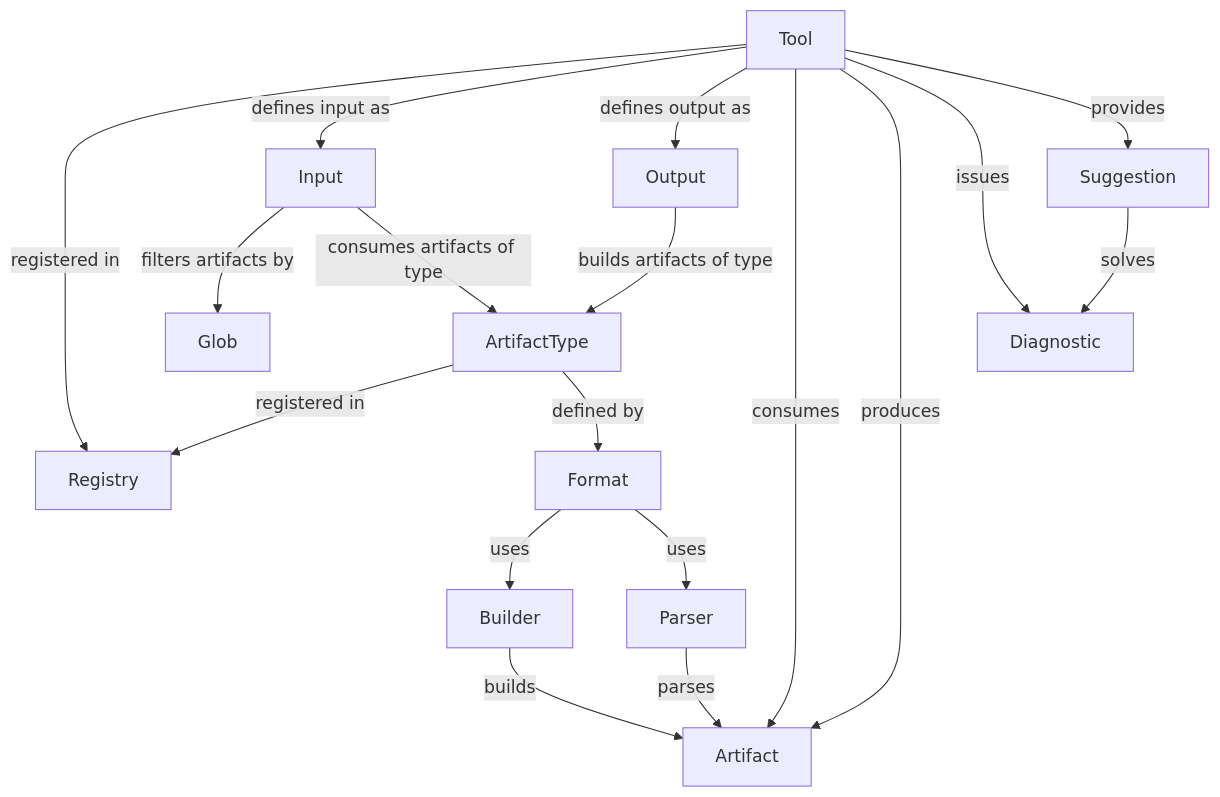
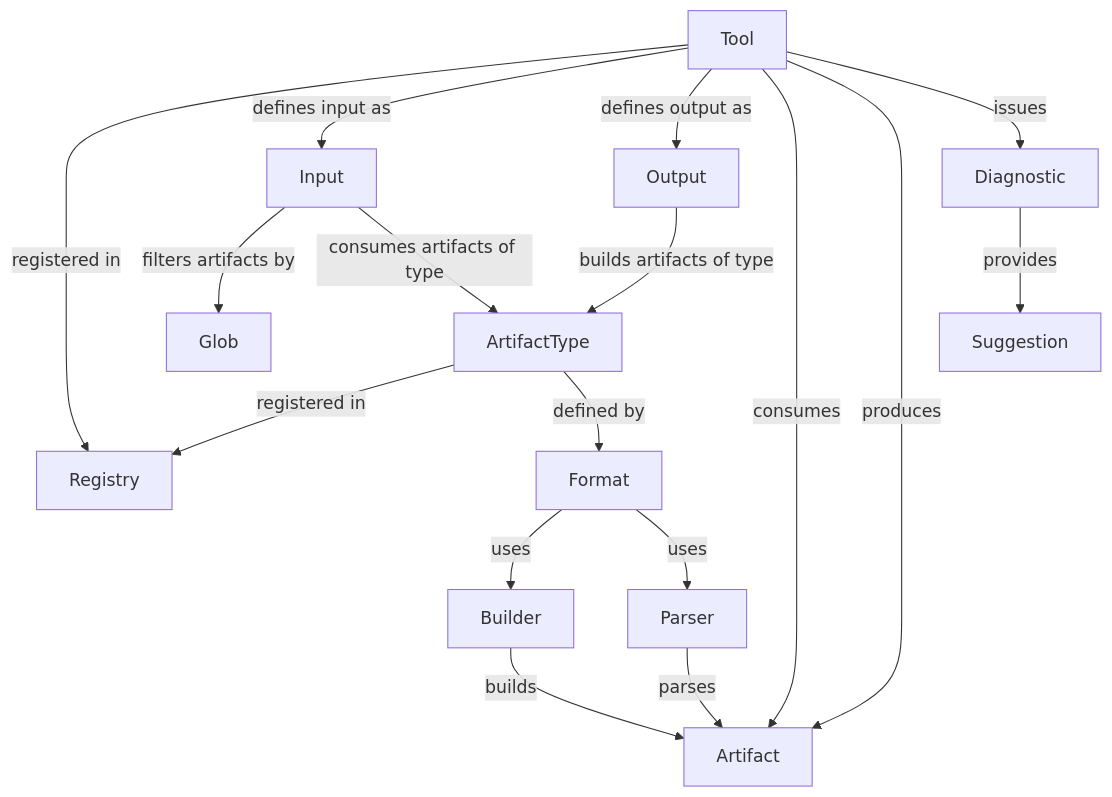
Before and after one commit to setms/sew: the diagram in src/main/ideas/tools.md, drawn with Mermaid. The commit also changed 7 other files, not shown here.

````diff
--- a/src/main/ideas/tools.md
+++ b/src/main/ideas/tools.md
@@ -9,20 +9,19 @@
 ```mermaid
 graph
     ArtifactType -- registered in --> Registry
     Tool -- registered in --> Registry
     Tool -- defines input as --> Input
     Input -- filters artifacts by --> Glob
     Input -- consumes artifacts of type --> ArtifactType
     ArtifactType -- defined by --> Format
     Format -- uses --> Builder
     Format -- uses --> Parser
     Parser -- parses --> Artifact
     Builder -- builds --> Artifact
     Tool -- defines output as --> Output
     Output -- builds artifacts of type --> ArtifactType
     Tool -- consumes --> Artifact
     Tool -- produces --> Artifact
     Tool -- issues --> Diagnostic
-    Tool -- provides --> Suggestion
-    Suggestion -- solves --> Diagnostic
+    Diagnostic -- provides --> Suggestion
 ```
````
